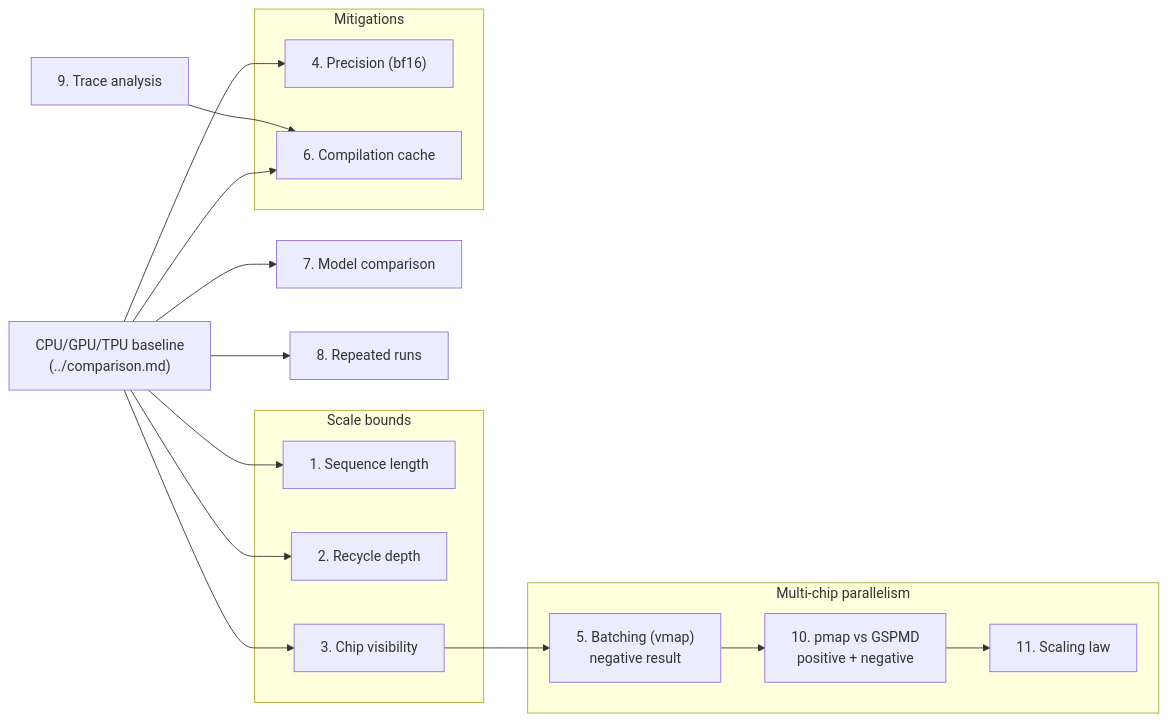
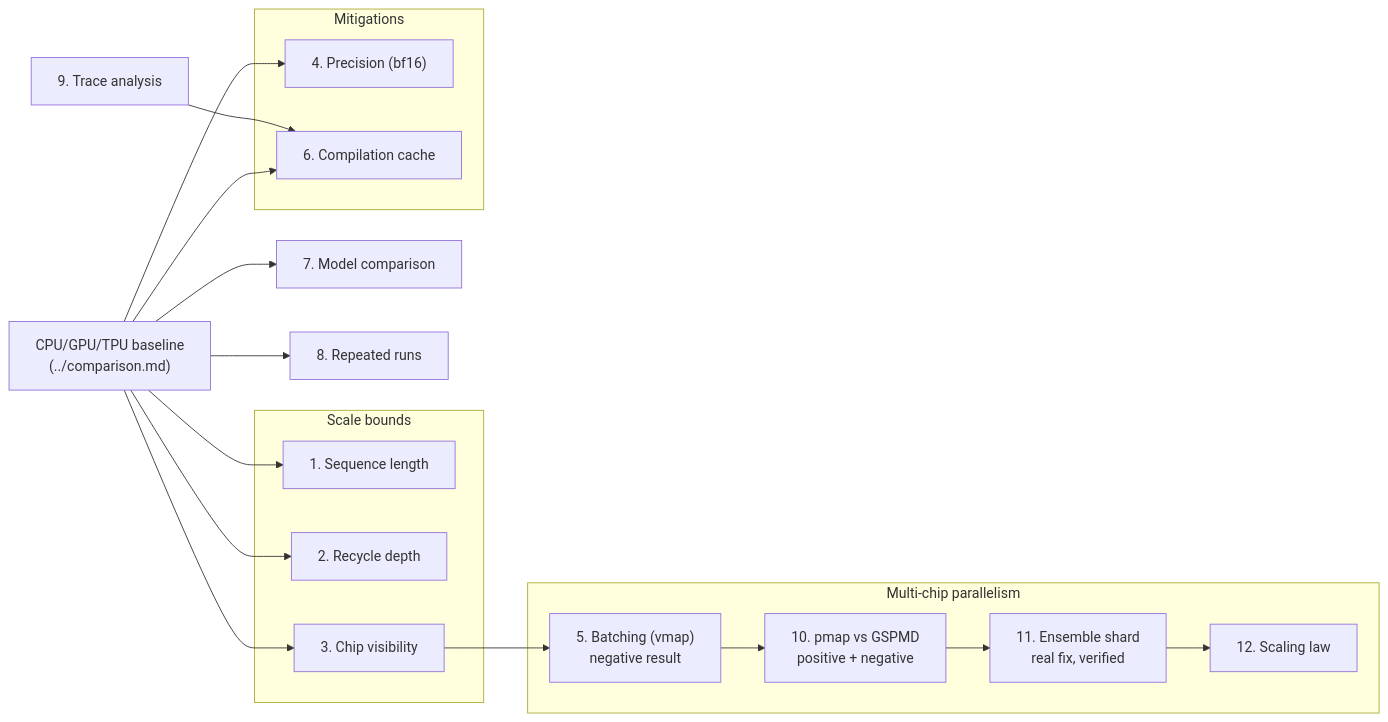
The diagram in results/sweep/README.md (lorenzopazienza/alphafold-tpu-benchmark), drawn with Mermaid before and after one commit. The commit also changed other lines of this file and 7 other files, not shown here.

````diff
--- a/results/sweep/README.md
+++ b/results/sweep/README.md
@@ -6,29 +6,30 @@
 ```mermaid
 flowchart LR
     CMP["CPU/GPU/TPU baseline\n(../comparison.md)"]
 
     subgraph SB["Scale bounds"]
         SL["1. Sequence length"]
         RD["2. Recycle depth"]
         CV["3. Chip visibility"]
     end
 
     subgraph MIT["Mitigations"]
         PR["4. Precision (bf16)"]
         CC["6. Compilation cache"]
     end
 
     subgraph MC["Multi-chip parallelism"]
         BA["5. Batching (vmap)\nnegative result"]
         SH["10. pmap vs GSPMD\npositive + negative"]
-        SCL["11. Scaling law"]
+        ES["11. Ensemble shard\nreal fix, verified"]
+        SCL["12. Scaling law"]
     end
 
     MOD["7. Model comparison"]
     REP["8. Repeated runs"]
     TR["9. Trace analysis"]
 
     CMP --> SL & RD & CV & PR & CC & MOD & REP
     TR --> CC
-    CV --> BA --> SH --> SCL
+    CV --> BA --> SH --> ES --> SCL
 ```
````
